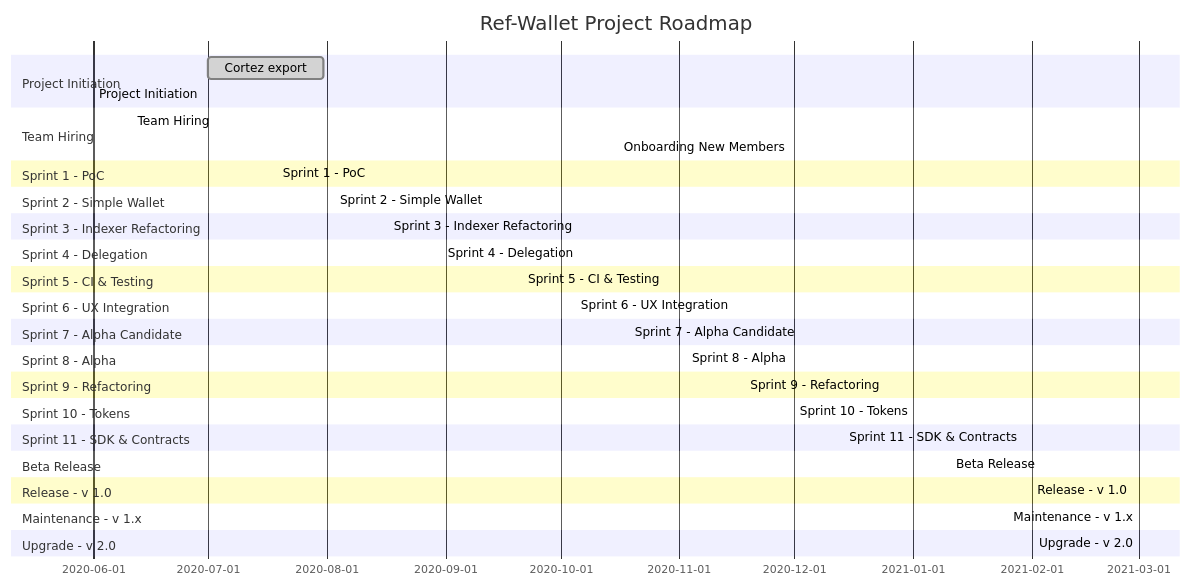
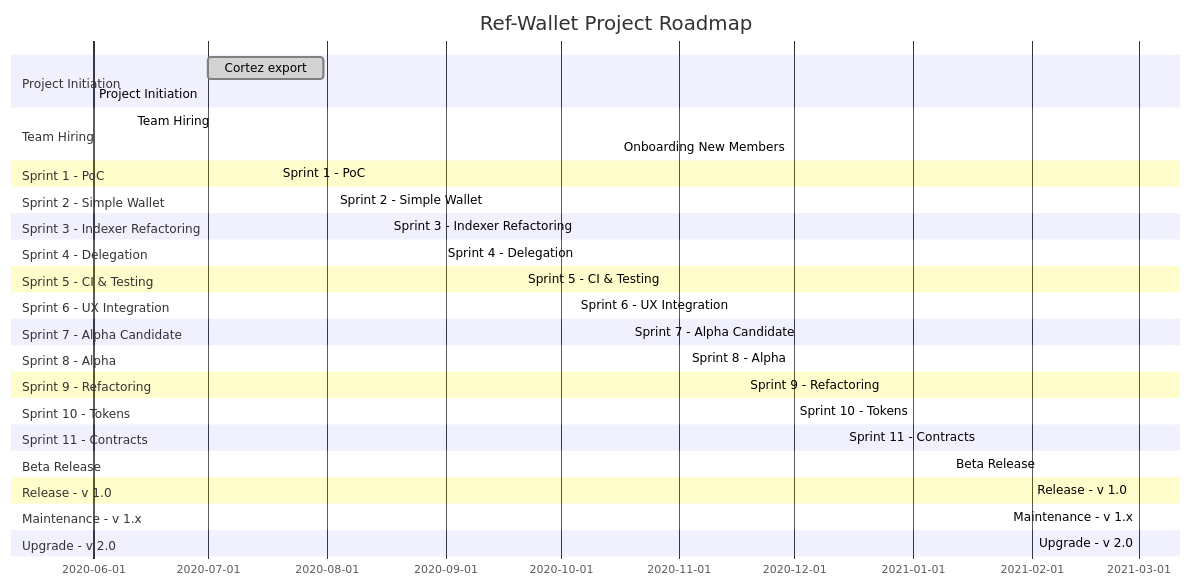
Before and after one commit to trilitech/umami-v1: the diagram in docs/operative/project_plan.md, drawn with Mermaid.

````diff
--- a/docs/operative/project_plan.md
+++ b/docs/operative/project_plan.md
@@ -35,40 +35,40 @@
 ```mermaid
 gantt
     title Ref-Wallet Project Roadmap
     section Project Initiation
     Cortez export                                     :done  , 2020-07-01 , 30d
     Project Initiation                                :done  , 2020-06-01, 2020-07-13
     section Team Hiring
     Team Hiring                                       :done  , 2020-06-11, 2020-09-01
     Onboarding New Members                            :done  , 2020-10-16, 2020-11-01
     section Sprint 1 - PoC
     Sprint 1 - PoC                                    :done  , 2020-07-19, 2020-07-31
     section Sprint 2 - Simple Wallet
     Sprint 2 - Simple Wallet                          :done  , 2020-08-03, 2020-08-14
     section Sprint 3 - Indexer Refactoring
     Sprint 3 - Indexer Refactoring                    :done  , 2020-08-17, 2020-08-28
     section Sprint 4 - Delegation
     Sprint 4 - Delegation                             :done  , 2020-08-31, 2020-09-18
     section Sprint 5 - CI & Testing
     Sprint 5 - CI & Testing                           :done  , 2020-09-21, 2020-10-02
     section Sprint 6 - UX Integration
     Sprint 6 - UX Integration                         :done  , 2020-10-05, 2020-10-16
     section Sprint 7 - Alpha Candidate
     Sprint 7 - Alpha Candidate                        :done  , 2020-10-19, 2020-10-30
     section Sprint 8 - Alpha
     Sprint 8 - Alpha                                  :done, 2020-11-03, 2020-11-15
     section Sprint 9 - Refactoring
     Sprint 9 - Refactoring                            :done, 2020-11-18, 2020-11-30
     section Sprint 10 - Tokens
     Sprint 10 - Tokens                                :active, 2020-12-01, 2020-12-11
-    section Sprint 11 - SDK & Contracts
-    Sprint 11 - SDK & Contracts                       :active, 2020-12-14, 2021-01-08
+    section Sprint 11 - Contracts
+    Sprint 11 - Contracts                             :active, 2020-12-14, 2021-01-08
     section Beta Release
     Beta Release                                      :active, 2021-01-11, 2021-02-01
     section Release - v 1.0
     Release - v 1.0                                   :active, 2021-02-01, 2021-03-01
     section Maintenance - v 1.x
     Maintenance - v 1.x                               :active, 2021-03-01, 2021-06-01
     section Upgrade - v 2.0
     Upgrade - v 2.0                                   :active, 2021-03-01, 2021-06-01
 ```
````
